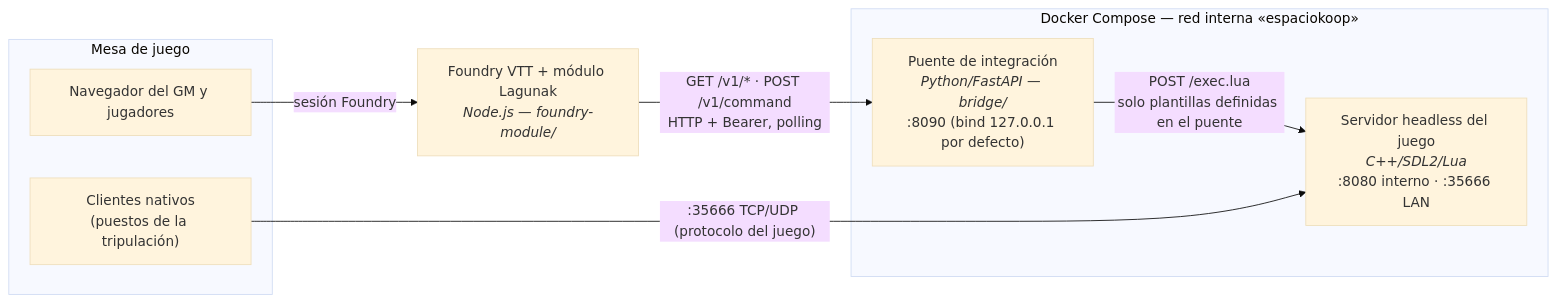
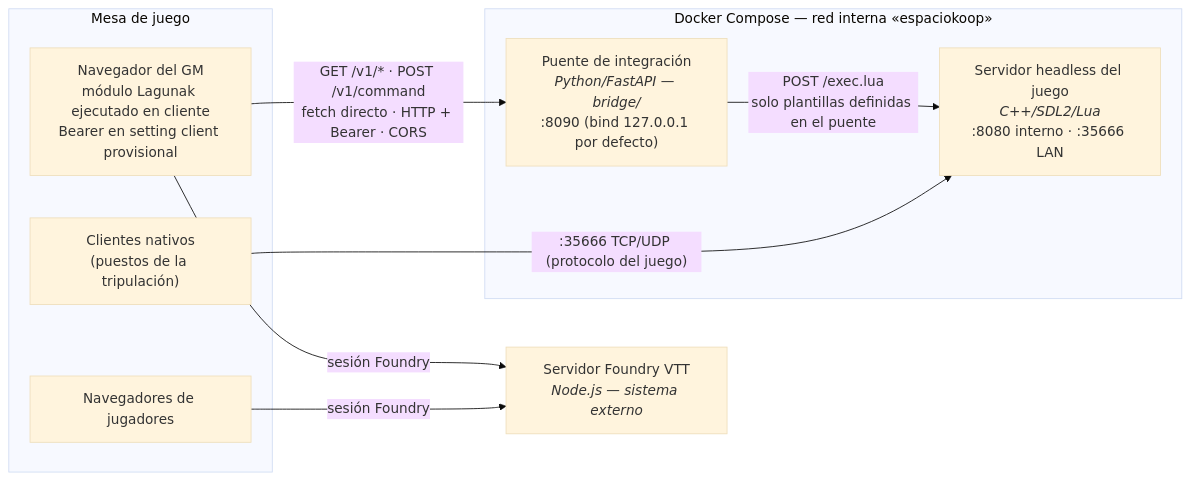
Before and after one commit to EspacioKoop/espaciokooplagunak: the second of 4 diagrams in docs/ARQUITECTURA.md, drawn with Mermaid (base theme). The commit also changed other lines of this file and 1 other file, not shown here.

Commit message:
docs: show browser boundary for Foundry bridge

````diff
--- a/docs/ARQUITECTURA.md
+++ b/docs/ARQUITECTURA.md
@@ -47,17 +47,19 @@
 ```mermaid
 flowchart LR
     subgraph clientes["Mesa de juego"]
-        nav["Navegador del GM y jugadores"]
+        gmweb["Navegador del GM<br/>módulo Lagunak ejecutado en cliente<br/>Bearer en setting client provisional"]
+        players["Navegadores de jugadores"]
         native["Clientes nativos<br/>(puestos de la tripulación)"]
     end
-    foundry["Foundry VTT + módulo Lagunak<br/><i>Node.js — foundry-module/</i>"]
+    foundry["Servidor Foundry VTT<br/><i>Node.js — sistema externo</i>"]
     subgraph compose["Docker Compose — red interna «espaciokoop»"]
         bridge["Puente de integración<br/><i>Python/FastAPI — bridge/</i><br/>:8090 (bind 127.0.0.1 por defecto)"]
         game["Servidor headless del juego<br/><i>C++/SDL2/Lua</i><br/>:8080 interno · :35666 LAN"]
     end
 
-    nav -->|"sesión Foundry"| foundry
-    foundry -->|"GET /v1/* · POST /v1/command<br/>HTTP + Bearer, polling"| bridge
+    gmweb -->|"sesión Foundry"| foundry
+    players -->|"sesión Foundry"| foundry
+    gmweb -->|"GET /v1/* · POST /v1/command<br/>fetch directo · HTTP + Bearer · CORS"| bridge
     bridge -->|"POST /exec.lua<br/>solo plantillas definidas en el puente"| game
     native -->|":35666 TCP/UDP (protocolo del juego)"| game
 ```
````
